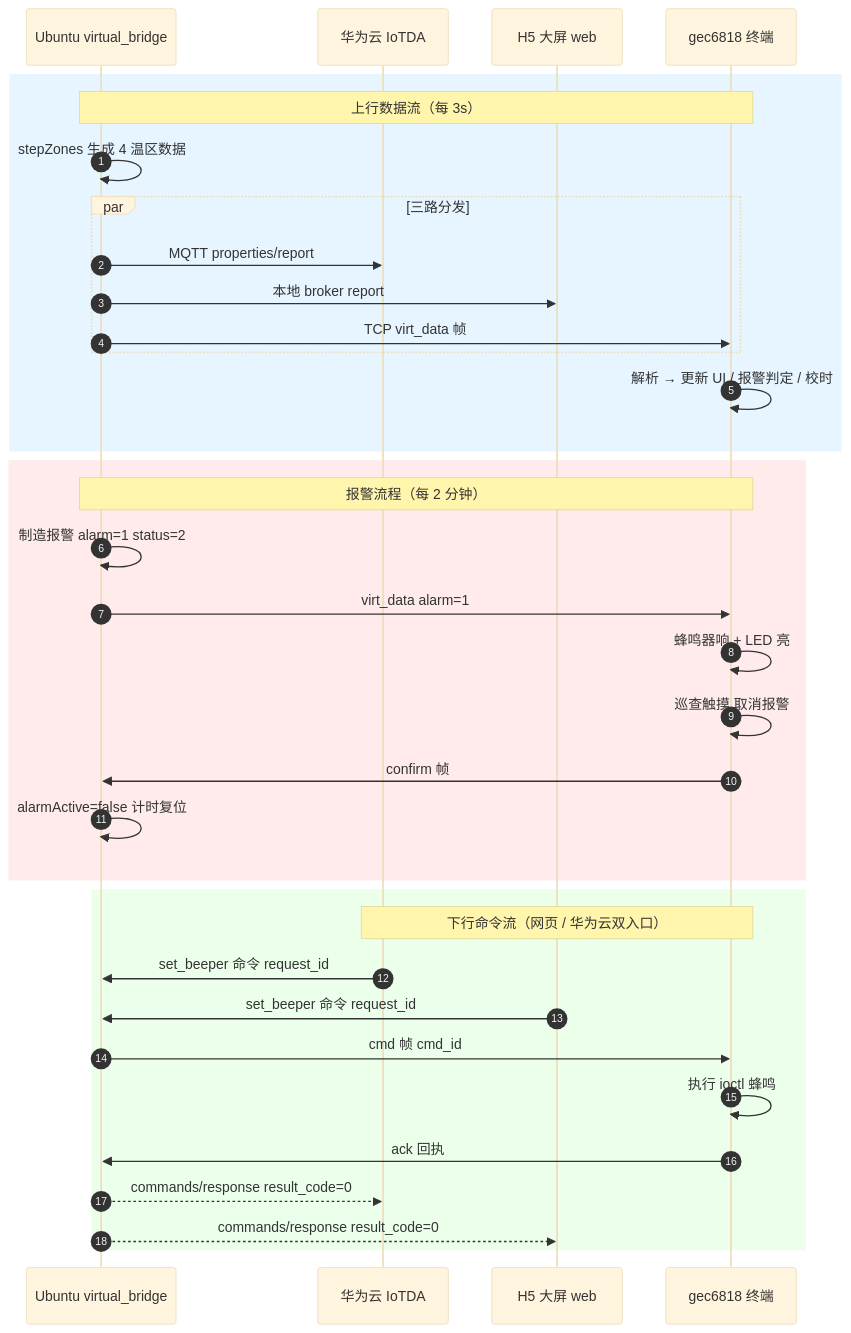
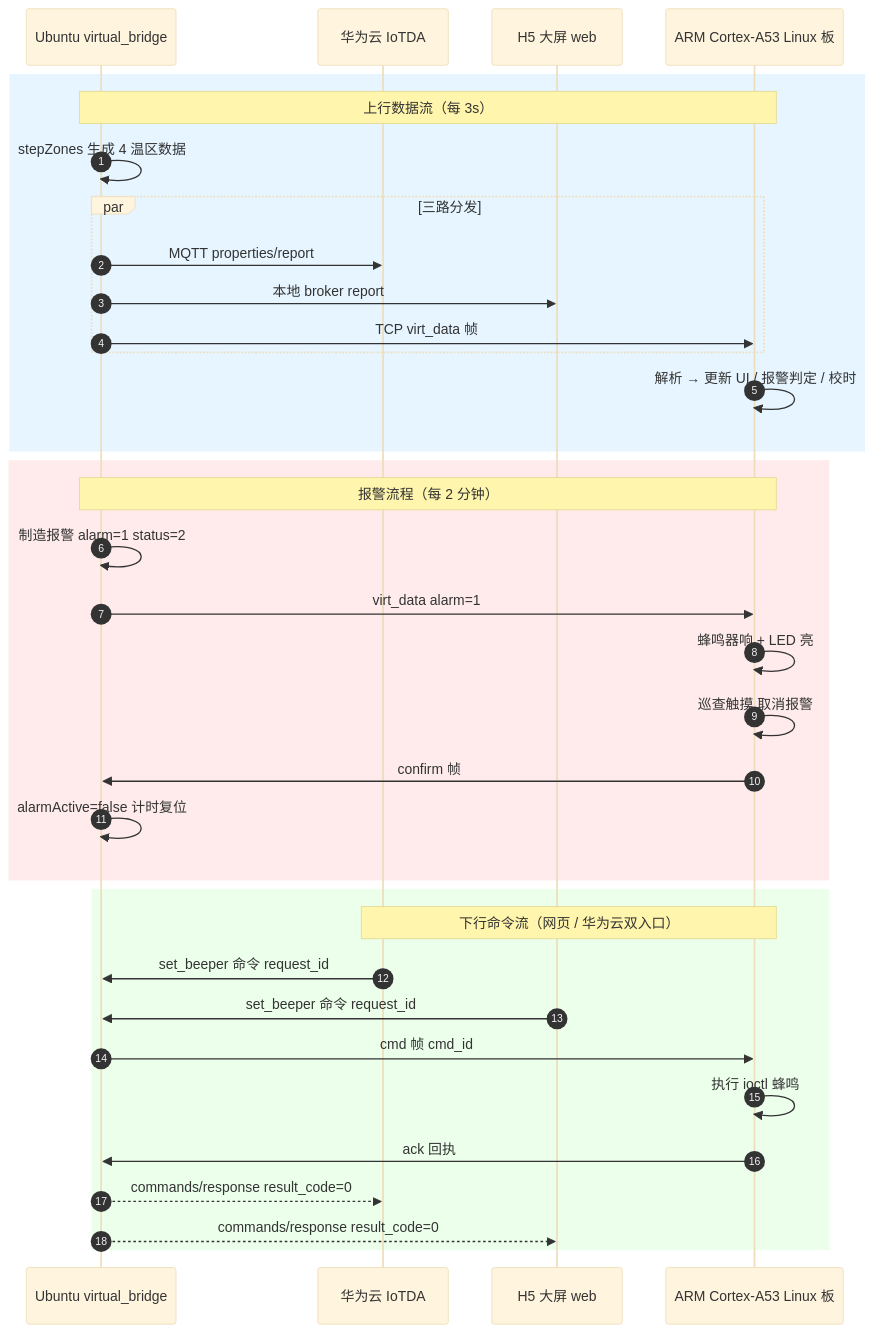
Before and after one commit to hgy043/cold-storage-monitoring-system: the second of 5 diagrams in docs/12-系统设计图.md, drawn with Mermaid (base theme). The commit also changed other lines of this file, not shown here.

````diff
--- a/docs/12-系统设计图.md
+++ b/docs/12-系统设计图.md
@@ -35,40 +35,40 @@
 ```mermaid
 sequenceDiagram
     autonumber
     participant VB as Ubuntu virtual_bridge
     participant IOT as 华为云 IoTDA
     participant WEB as H5 大屏 web
-    participant TERM as gec6818 终端
+    participant TERM as ARM Cortex-A53 Linux 板 
 
     rect rgb(230,245,255)
     Note over VB,TERM: 上行数据流（每 3s）
     VB->>VB: stepZones 生成 4 温区数据
     par 三路分发
         VB->>IOT: MQTT properties/report
         VB->>WEB: 本地 broker report
         VB->>TERM: TCP virt_data 帧
     end
     TERM->>TERM: 解析 → 更新 UI / 报警判定 / 校时
     end
 
     rect rgb(255,235,235)
     Note over VB,TERM: 报警流程（每 2 分钟）
     VB->>VB: 制造报警 alarm=1 status=2
     VB->>TERM: virt_data alarm=1
     TERM->>TERM: 蜂鸣器响 + LED 亮
     TERM->>TERM: 巡查触摸 取消报警
     TERM->>VB: confirm 帧
     VB->>VB: alarmActive=false 计时复位
     end
 
     rect rgb(235,255,235)
     Note over IOT,TERM: 下行命令流（网页 / 华为云双入口）
     IOT->>VB: set_beeper 命令 request_id
     WEB->>VB: set_beeper 命令 request_id
     VB->>TERM: cmd 帧 cmd_id
     TERM->>TERM: 执行 ioctl 蜂鸣
     TERM->>VB: ack 回执
     VB-->>IOT: commands/response result_code=0
     VB-->>WEB: commands/response result_code=0
     end
 ```
````
